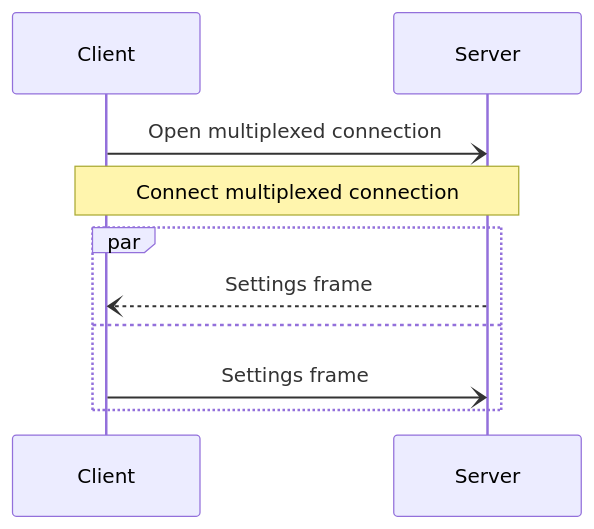
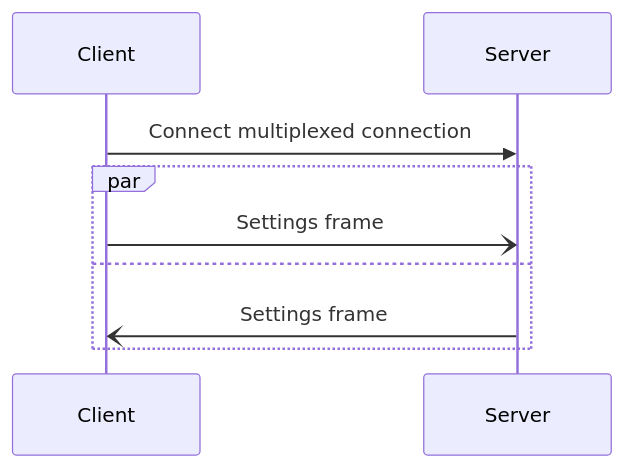
One commit to icerpc/icerpc-docs changed the diagram in pages/icerpc-core/icerpc-protocol/connection-establishment.md. Above: the diagram before and after it, drawn with Mermaid. The commit also changed other lines of this file and 5 other files, not shown here.

Commit message:
Updated diagrams to use sync arrows, fix for #108 (#109)

````diff
--- a/pages/icerpc-core/icerpc-protocol/connection-establishment.md
+++ b/pages/icerpc-core/icerpc-protocol/connection-establishment.md
@@ -30,10 +32,9 @@
 ```mermaid
 sequenceDiagram
-    Client-)Server: Open multiplexed connection
-    Note over Client,Server: Connect multiplexed connection
+    Client->>Server: Connect multiplexed connection
     par
-        Server--)Client: Settings frame
+        Client-)Server: Settings frame
     and
-        Client-)Server: Settings frame
+        Server-)Client: Settings frame
     end
 ```
````
